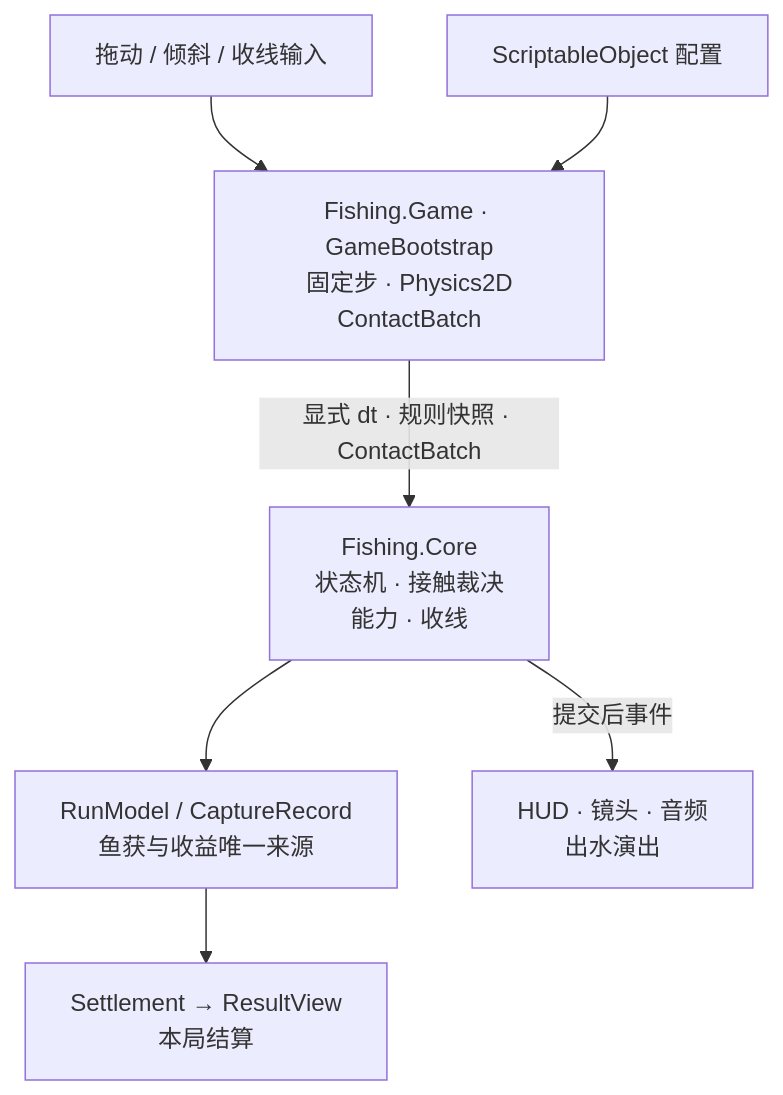
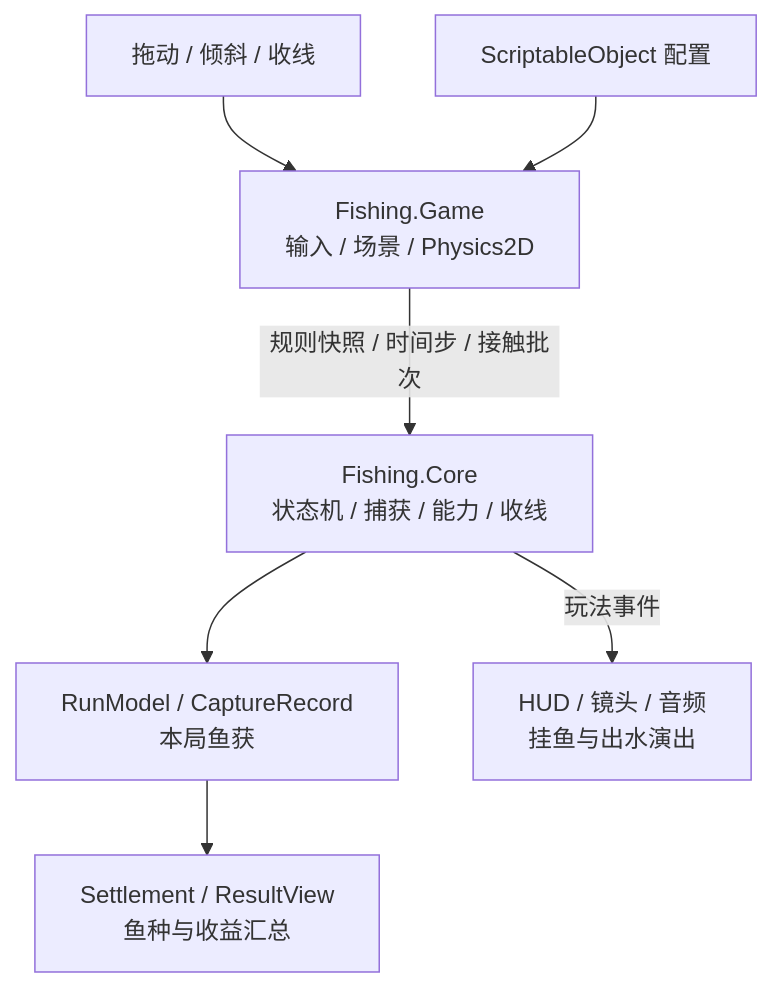
The diagram in README.md (Huaazii/Fishrise), drawn with Mermaid before and after one commit. The commit also changed other lines of this file and 17 other files, not shown here.

````diff
--- a/README.md
+++ b/README.md
@@ -57,9 +60,9 @@
 ```mermaid
 flowchart TB
-    Input["拖动 / 倾斜 / 收线输入"] --> Game
+    Input["拖动 / 倾斜 / 收线"] --> Game
     Config["ScriptableObject 配置"] --> Game
-    Game["Fishing.Game · GameBootstrap<br/>固定步 · Physics2D<br/>ContactBatch"] -->|显式 dt · 规则快照 · ContactBatch| Core
-    Core["Fishing.Core<br/>状态机 · 接触裁决<br/>能力 · 收线"] --> Model["RunModel / CaptureRecord<br/>鱼获与收益唯一来源"]
-    Core -->|提交后事件| View["HUD · 镜头 · 音频<br/>出水演出"]
-    Model --> Result["Settlement → ResultView<br/>本局结算"]
+    Game["Fishing.Game<br/>输入 / 场景 / Physics2D"] -->|规则快照 / 时间步 / 接触批次| Core
+    Core["Fishing.Core<br/>状态机 / 捕获 / 能力 / 收线"] --> Catch["RunModel / CaptureRecord<br/>本局鱼获"]
+    Core -->|玩法事件| View["HUD / 镜头 / 音频<br/>挂鱼与出水演出"]
+    Catch --> Result["Settlement / ResultView<br/>鱼种与收益汇总"]
 ```
````
